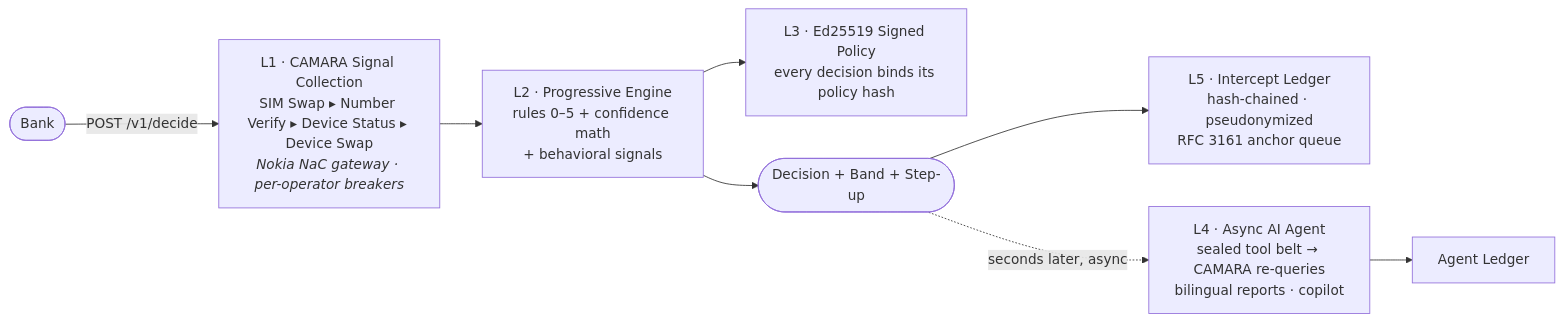
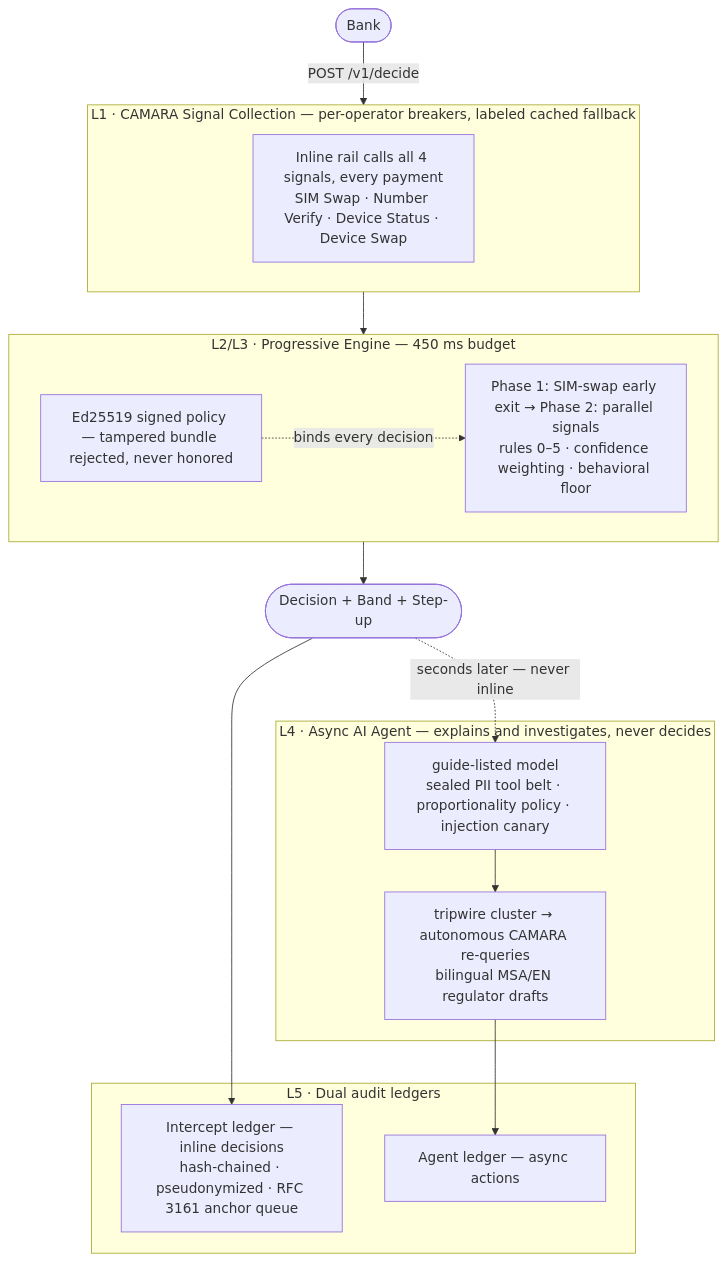
One commit to omarxhero/tasdiq changed the first of 2 diagrams in README.md. Above: the diagram before and after it, drawn with Mermaid. The commit also changed other lines of this file, not shown here.

Commit message:
docs: architecture diagram stack — guard-subgraph flowchart + 'life of a payment' sequence diagram (decision timeline, band isolation, async agent lane)

````diff
--- a/README.md
+++ b/README.md
@@ -54,10 +54,34 @@
 ```mermaid
-flowchart LR
-    Bank([Bank]) -->|POST /v1/decide| L1["L1 · CAMARA Signal Collection<br/>SIM Swap ▸ Number Verify ▸ Device Status ▸ Device Swap<br/><i>Nokia NaC gateway · per-operator breakers</i>"]
-    L1 --> L2["L2 · Progressive Engine<br/>rules 0–5 + confidence math<br/>+ behavioral signals"]
-    L2 --> L3["L3 · Ed25519 Signed Policy<br/>every decision binds its policy hash"]
-    L2 --> D(["Decision + Band + Step-up"])
-    D --> LED5["L5 · Intercept Ledger<br/>hash-chained · pseudonymized<br/>RFC 3161 anchor queue"]
-    D -.->|seconds later, async| L4["L4 · Async AI Agent<br/>sealed tool belt → CAMARA re-queries<br/>bilingual reports · copilot"]
-    L4 --> LEDA["Agent Ledger"]
+flowchart TB
+    Bank([Bank]) -->|POST /v1/decide| SIG
+
+    subgraph SIG["L1 · CAMARA Signal Collection — per-operator breakers, labeled cached fallback"]
+        L1["Inline rail calls all 4 signals, every payment<br/>SIM Swap · Number Verify · Device Status · Device Swap"]
+    end
+
+    SIG --> ENG
+
+    subgraph ENG["L2/L3 · Progressive Engine — 450 ms budget"]
+        L2["Phase 1: SIM-swap early exit → Phase 2: parallel signals<br/>rules 0–5 · confidence weighting · behavioral floor"]
+        L3["Ed25519 signed policy — tampered bundle rejected, never honored"]
+        L3 -. binds every decision .-> L2
+    end
+
+    ENG --> D(["Decision + Band + Step-up"])
+
+    D --> LED5
+    D -.->|seconds later — never inline| AG
+
+    subgraph LEDG["L5 · Dual audit ledgers"]
+        LED5["Intercept ledger — inline decisions<br/>hash-chained · pseudonymized · RFC 3161 anchor queue"]
+        LEDA["Agent ledger — async actions"]
+    end
+
+    subgraph AGENT["L4 · Async AI Agent — explains and investigates, never decides"]
+        AG["guide-listed model<br/>sealed PII tool belt · proportionality policy · injection canary"]
+        AGR["tripwire cluster → autonomous CAMARA re-queries<br/>bilingual MSA/EN regulator drafts"]
+        AG --> AGR
+    end
+
+    AGR --> LEDA
 ```
````
